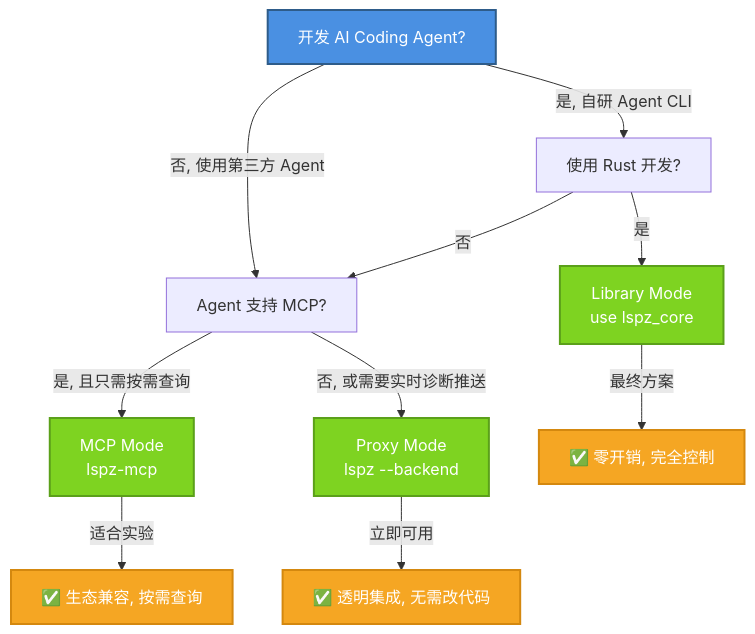
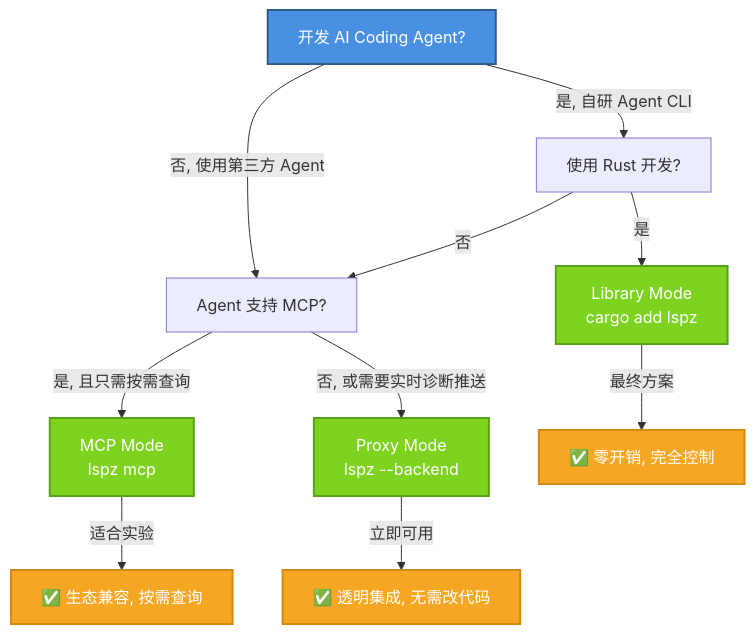
Before and after one commit to StrayDragon/lspz: the eighth of 9 diagrams in docs/specs/001-tri-modal-architecture.md, drawn with Mermaid. The commit also changed other lines of this file and 108 other files, not shown here.

````diff
--- a/docs/specs/001-tri-modal-architecture.md
+++ b/docs/specs/001-tri-modal-architecture.md
@@ -455,23 +457,23 @@
 ```mermaid
 flowchart TD
     START["开发 AI Coding Agent?"] -->|"是, 自研 Agent CLI"| Q1
     START -->|"否, 使用第三方 Agent"| Q2
 
-    Q1["使用 Rust 开发?"] -->|"是"| LIB["Library Mode<br/>use lspz_core"]
+    Q1["使用 Rust 开发?"] -->|"是"| LIB["Library Mode<br/>cargo add lspz"]
     Q1 -->|"否"| Q2
 
-    Q2["Agent 支持 MCP?"] -->|"是, 且只需按需查询"| MCP["MCP Mode<br/>lspz-mcp"]
+    Q2["Agent 支持 MCP?"] -->|"是, 且只需按需查询"| MCP["MCP Mode<br/>lspz mcp"]
     Q2 -->|"否, 或需要实时诊断推送"| PROXY["Proxy Mode<br/>lspz --backend"]
 
     LIB -->|"最终方案"| DONE["✅ 零开销, 完全控制"]
     PROXY -->|"立即可用"| DONE2["✅ 透明集成, 无需改代码"]
     MCP -->|"适合实验"| DONE3["✅ 生态兼容, 按需查询"]
 
     classDef start fill:#4A90E2,stroke:#2E5C8A,stroke-width:2px,color:#fff
     classDef mode fill:#7ED321,stroke:#5BA01A,stroke-width:2px,color:#fff
     classDef done fill:#F5A623,stroke:#D4880F,stroke-width:2px,color:#fff
 
     class START start
     class LIB,PROXY,MCP mode
     class DONE,DONE2,DONE3 done
 ```
````
